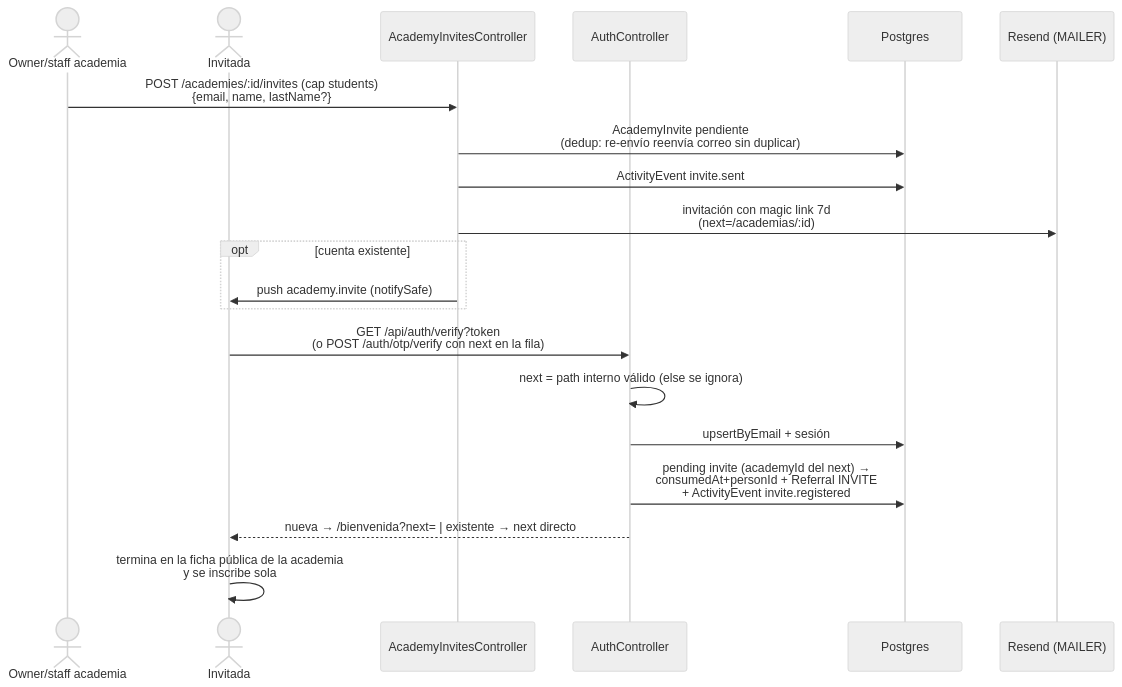
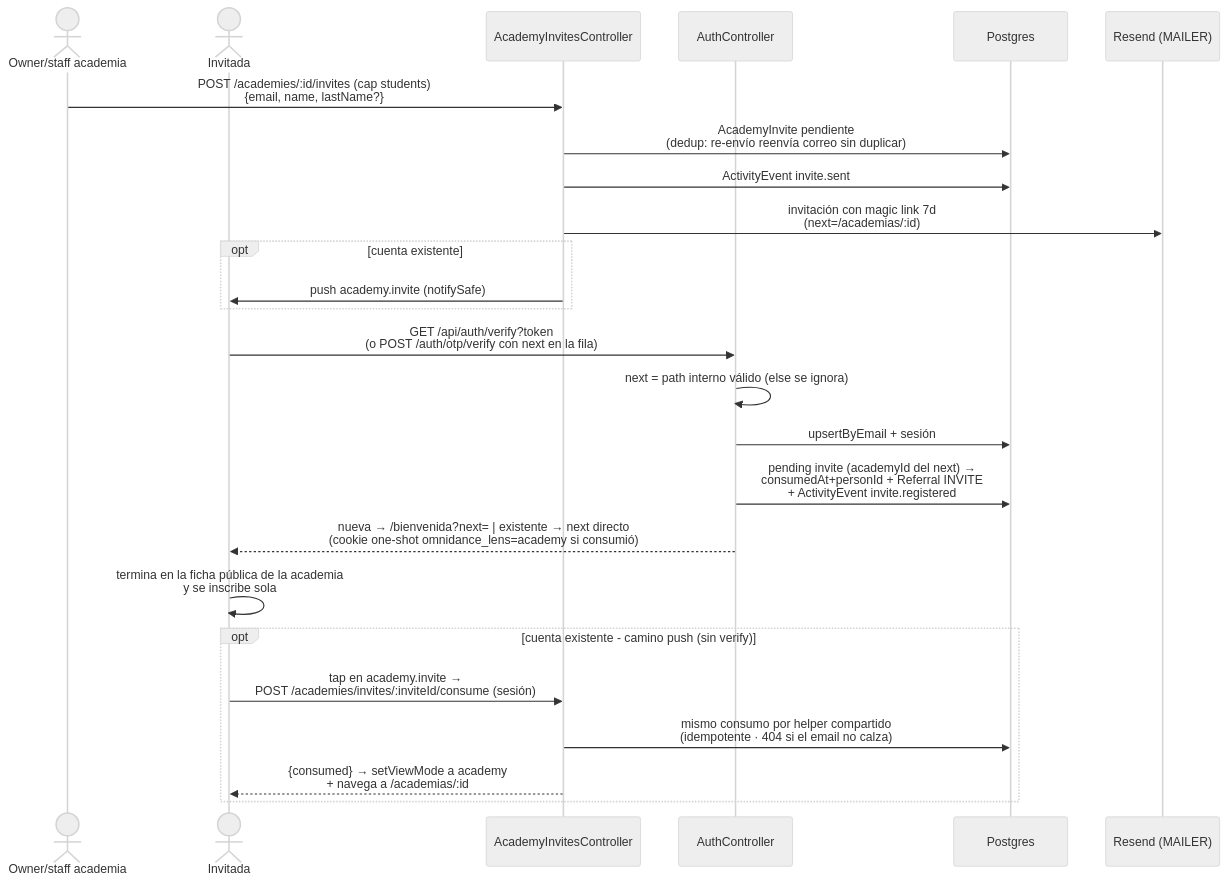
One commit to EduardoSalasG/omnidance changed diagram 26 of 42 in docs/flows.md. Above: the diagram before and after it, drawn with Mermaid (neutral theme). The commit also changed 15 other files, not shown here.

Commit message:
feat(academies): tap del push academy.invite consume la invitacion y entra con lente academy - POST /academies/invites/:inviteId/consume valida el email de la sesion, comparte el helper de consumo con verify (Referral INVITE + invite.registered, idempotente) y hrefFor deep-linkea a la ficha

````diff
--- a/docs/flows.md
+++ b/docs/flows.md
@@ -561,23 +561,28 @@
 ```mermaid
 sequenceDiagram
     actor Ow as Owner/staff academia
     actor I as Invitada
     participant API as AcademyInvitesController
     participant AUTH as AuthController
     participant DB as Postgres
     participant MAIL as Resend (MAILER)
 
     Ow->>API: POST /academies/:id/invites (cap students)<br/>{email, name, lastName?}
     API->>DB: AcademyInvite pendiente<br/>(dedup: re-envío reenvía correo sin duplicar)
     API->>DB: ActivityEvent invite.sent
     API->>MAIL: invitación con magic link 7d<br/>(next=/academias/:id)
     opt cuenta existente
         API->>I: push academy.invite (notifySafe)
     end
     I->>AUTH: GET /api/auth/verify?token<br/>(o POST /auth/otp/verify con next en la fila)
     AUTH->>AUTH: next = path interno válido (else se ignora)
     AUTH->>DB: upsertByEmail + sesión
     AUTH->>DB: pending invite (academyId del next) →<br/>consumedAt+personId + Referral INVITE<br/>+ ActivityEvent invite.registered
-    AUTH-->>I: nueva → /bienvenida?next= | existente → next directo
+    AUTH-->>I: nueva → /bienvenida?next= | existente → next directo<br/>(cookie one-shot omnidance_lens=academy si consumió)
     I->>I: termina en la ficha pública de la academia<br/>y se inscribe sola
+    opt cuenta existente - camino push (sin verify)
+        I->>API: tap en academy.invite →<br/>POST /academies/invites/:inviteId/consume (sesión)
+        API->>DB: mismo consumo por helper compartido<br/>(idempotente · 404 si el email no calza)
+        API-->>I: {consumed} → setViewMode a academy<br/>+ navega a /academias/:id
+    end
 ```
````
